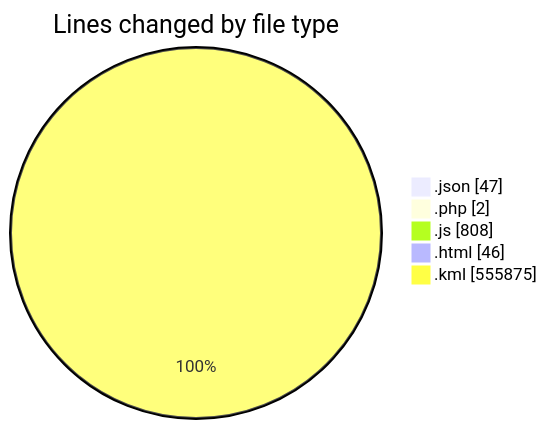
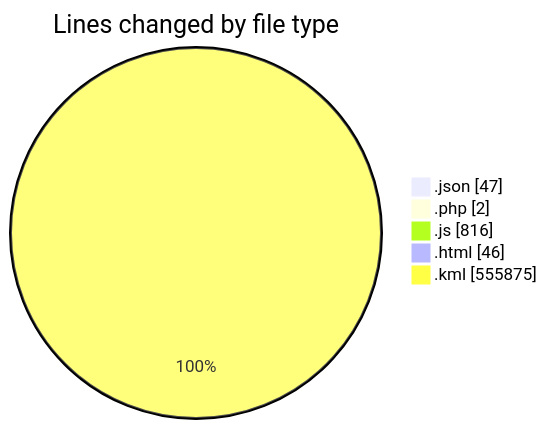
Before and after one commit to LanceThiago/code-tracking: the first of 2 diagrams in 2025-03-27/kml/README.md, drawn with Mermaid. The commit also changed other lines of this file and 1 other file, not shown here.

````diff
--- a/2025-03-27/kml/README.md
+++ b/2025-03-27/kml/README.md
@@ -28,9 +28,9 @@
 ```mermaid
 pie showData
 title Lines changed by file type
 ".json" : 47
 ".php" : 2
-".js" : 808
+".js" : 816
 ".html" : 46
 ".kml" : 555875
 ```
````
